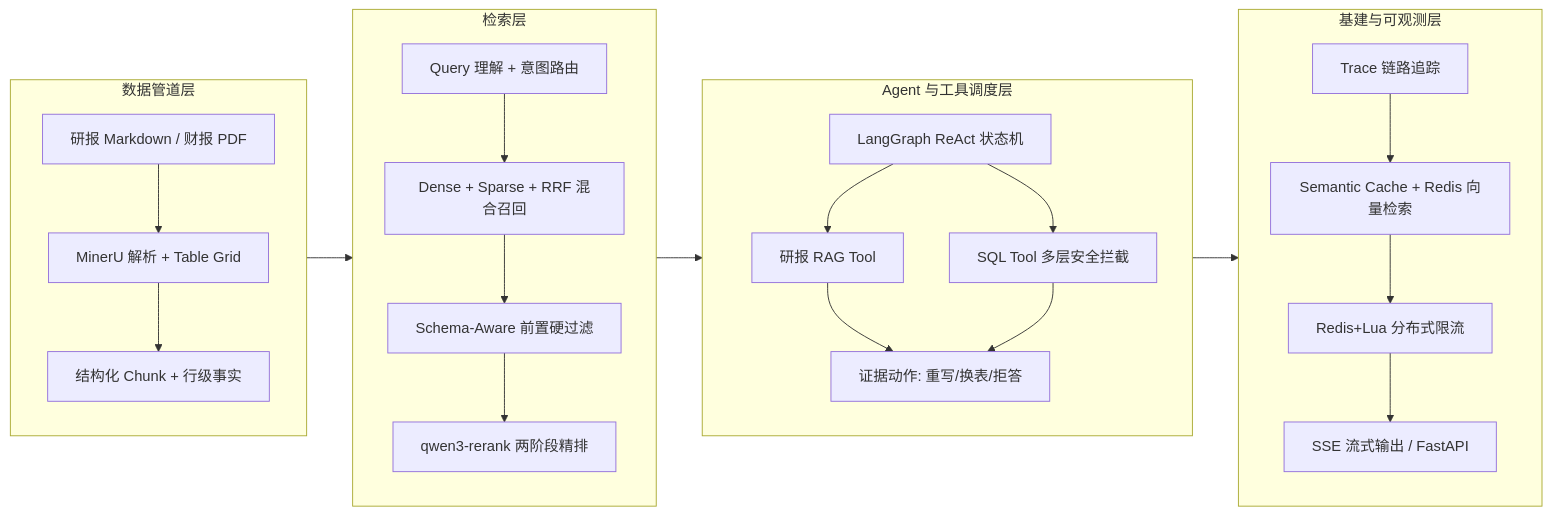
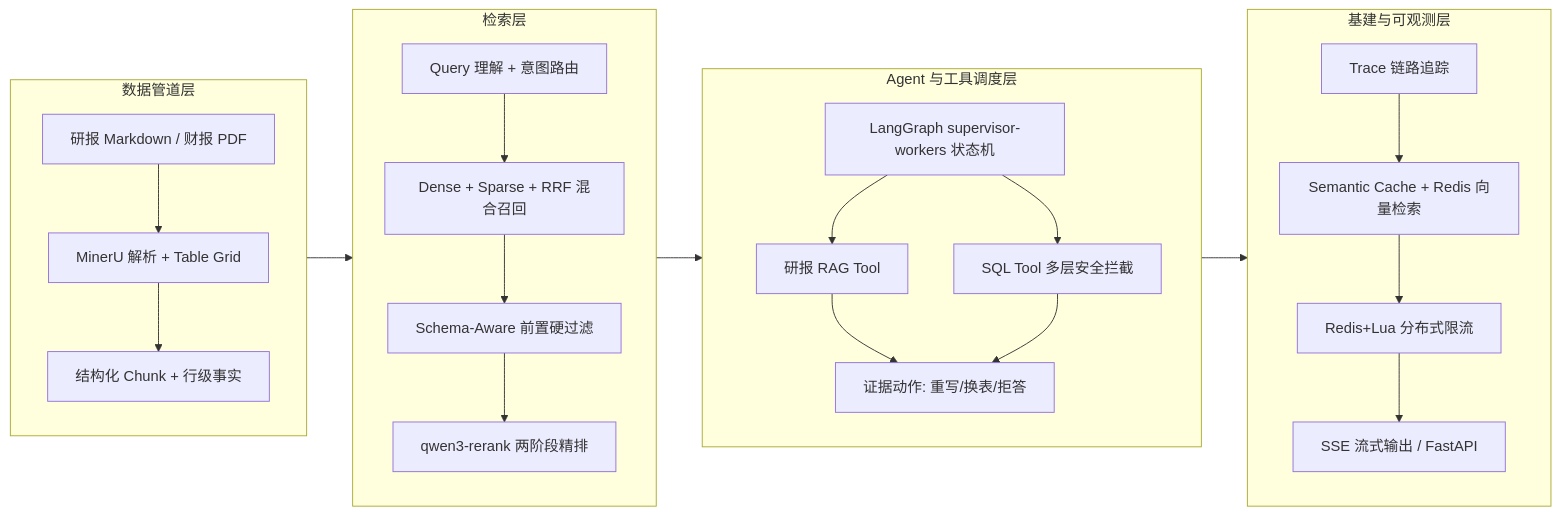
One commit to autumnieave/table-evidence-rag changed the diagram in README.md. Above: the diagram before and after it, drawn with Mermaid. The commit also changed other lines of this file and 2 other files, not shown here.

````diff
--- a/README.md
+++ b/README.md
@@ -23,24 +23,24 @@
 ```mermaid
 flowchart LR
     subgraph D[数据管道层]
         D1[研报 Markdown / 财报 PDF] --> D2[MinerU 解析 + Table Grid]
         D2 --> D3[结构化 Chunk + 行级事实]
     end
     subgraph R[检索层]
         R1[Query 理解 + 意图路由] --> R2[Dense + Sparse + RRF 混合召回]
         R2 --> R3[Schema-Aware 前置硬过滤]
         R3 --> R4[qwen3-rerank 两阶段精排]
     end
     subgraph A[Agent 与工具调度层]
-        A1[LangGraph ReAct 状态机] --> A2[研报 RAG Tool]
+        A1[LangGraph supervisor-workers 状态机] --> A2[研报 RAG Tool]
         A1 --> A3[SQL Tool 多层安全拦截]
         A2 --> A4[证据动作: 重写/换表/拒答]
         A3 --> A4
     end
     subgraph I[基建与可观测层]
         I1[Trace 链路追踪] --> I2[Semantic Cache + Redis 向量检索]
         I2 --> I3[Redis+Lua 分布式限流]
         I3 --> I4[SSE 流式输出 / FastAPI]
     end
     D --> R --> A --> I
 ```
````
